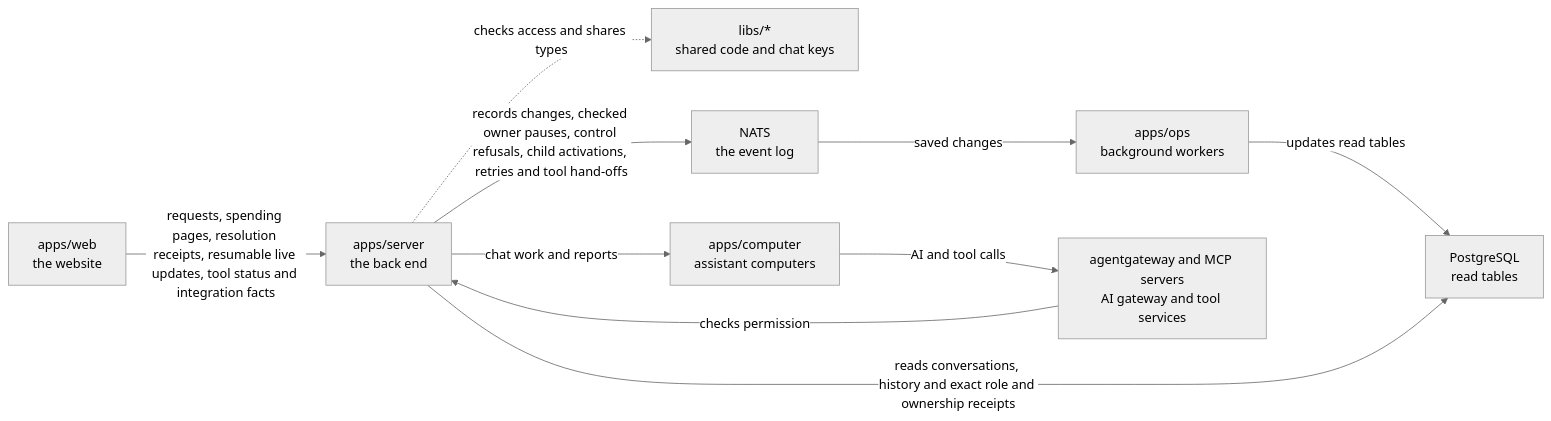
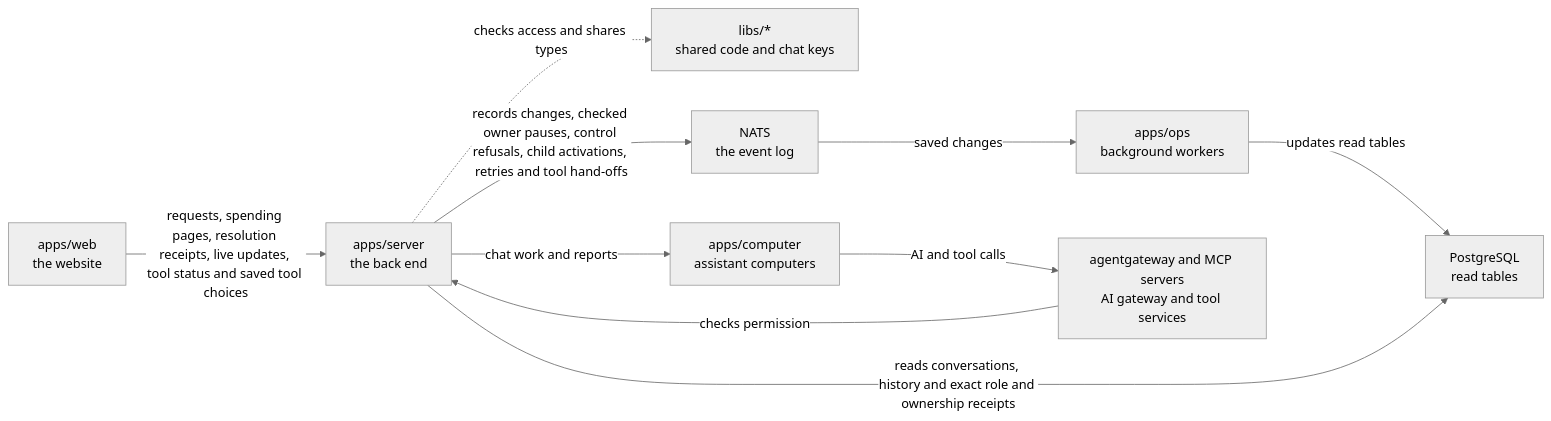
The diagram in apps/server/README.md (elewa-git/opencrane-new), drawn with Mermaid (neutral theme) before and after one commit. The commit also changed other lines of this file and 12 other files, not shown here.

Commit message:
🔎 Recover exact saved tool mode changes with safe receipts

````diff
--- a/apps/server/README.md
+++ b/apps/server/README.md
@@ -35,12 +35,12 @@
 ```mermaid
 flowchart LR
-  web["apps/web<br/>the website"] -->|requests, spending pages, resolution receipts, resumable live updates, tool status and integration facts| server["apps/server<br/>the back end"]
+  web["apps/web<br/>the website"] -->|requests, spending pages, resolution receipts, live updates, tool status and saved tool choices| server["apps/server<br/>the back end"]
   server -.->|checks access and shares types| libs["libs/*<br/>shared code and chat keys"]
   server -->|records changes, checked owner pauses, control refusals, child activations, retries and tool hand-offs| nats["NATS<br/>the event log"]
   nats -->|saved changes| ops["apps/ops<br/>background workers"]
   ops -->|updates read tables| postgres["PostgreSQL<br/>read tables"]
   server -->|reads conversations, history and exact role and ownership receipts| postgres
   server -->|chat work and reports| computer["apps/computer<br/>assistant computers"]
   computer -->|AI and tool calls| runtime["agentgateway and MCP servers<br/>AI gateway and tool services"]
   runtime -->|checks permission| server
 ```
````
